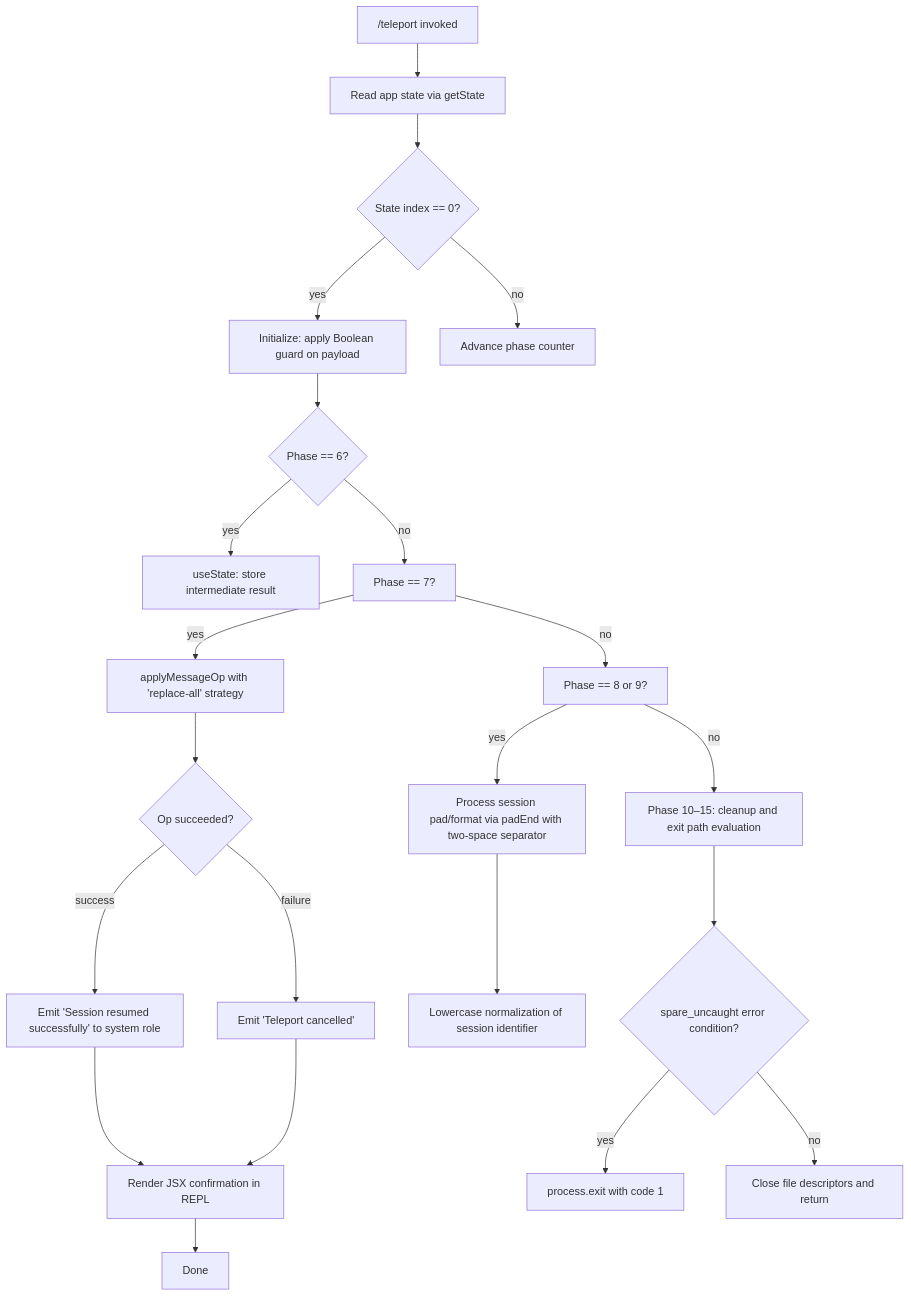
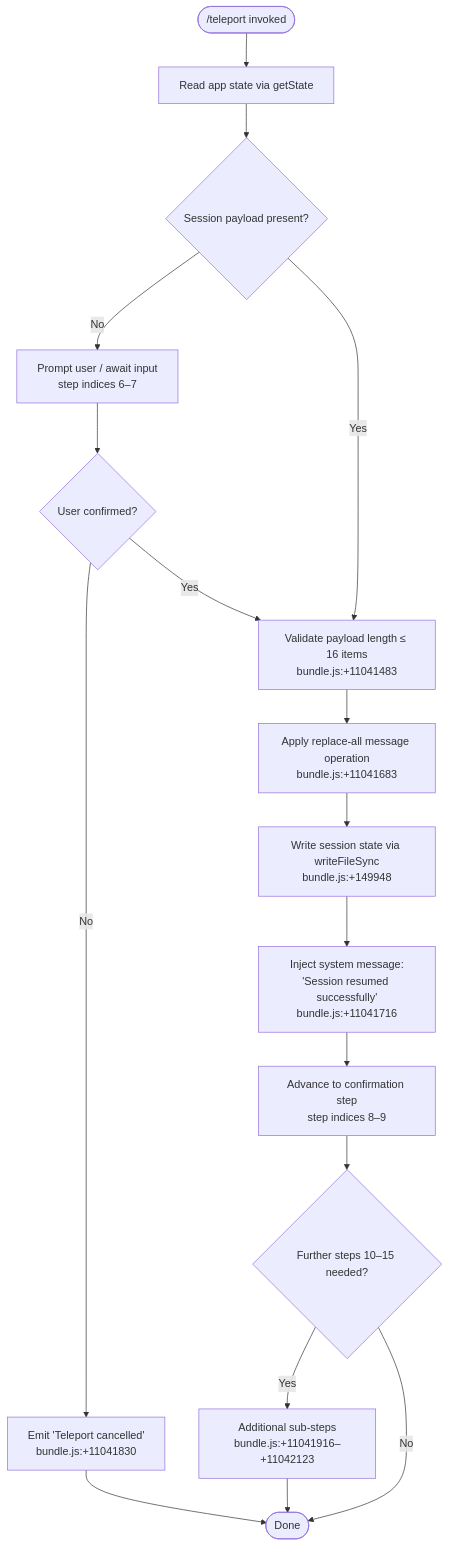
Before and after one commit to MyLittleLuckyDog/cc-gnothi: the diagram in versions/v2.1.132/teleport.md, drawn with Mermaid. The commit also changed other lines of this file and 96 other files, not shown here.

````diff
--- a/versions/v2.1.132/teleport.md
+++ b/versions/v2.1.132/teleport.md
@@ -46,24 +55,19 @@
 ```mermaid
 flowchart TD
-    A["/teleport invoked"] --> B[Read app state via getState]
-    B --> C{State index == 0?}
-    C -- yes --> D[Initialize: apply Boolean guard on payload]
-    C -- no --> E[Advance phase counter]
-    D --> F{Phase == 6?}
-    F -- yes --> G[useState: store intermediate result]
-    F -- no --> H[Phase == 7?]
-    H -- yes --> I[applyMessageOp with 'replace-all' strategy]
-    H -- no --> J[Phase == 8 or 9?]
-    I --> K{Op succeeded?}
-    K -- success --> L["Emit 'Session resumed successfully' to system role"]
-    K -- failure --> M["Emit 'Teleport cancelled'"]
-    J -- yes --> N[Process session pad/format via padEnd with two-space separator]
-    J -- no --> O[Phase 10–15: cleanup and exit path evaluation]
-    N --> P[Lowercase normalization of session identifier]
-    O --> Q{spare_uncaught error condition?}
-    Q -- yes --> R[process.exit with code 1]
-    Q -- no --> S[Close file descriptors and return]
-    L --> T[Render JSX confirmation in REPL]
-    M --> T
-    T --> U[Done]
+    A(["/teleport invoked"]) --> B[Read app state via getState]
+    B --> C{Session payload present?}
+    C -- No --> D[Prompt user / await input\nstep indices 6–7]
+    C -- Yes --> E[Validate payload length ≤ 16 items\nbundle.js:+11041483]
+    D --> F{User confirmed?}
+    F -- No --> G["Emit 'Teleport cancelled'\nbundle.js:+11041830"]
+    F -- Yes --> E
+    E --> H[Apply replace-all message operation\nbundle.js:+11041683]
+    H --> I[Write session state via writeFileSync\nbundle.js:+149948]
+    I --> J["Inject system message:\n'Session resumed successfully'\nbundle.js:+11041716"]
+    J --> K[Advance to confirmation step\nstep indices 8–9]
+    K --> L{Further steps 10–15 needed?}
+    L -- Yes --> M[Additional sub-steps\nbundle.js:+11041916–+11042123]
+    L -- No --> N([Done])
+    G --> N
+    M --> N
 ```
````
